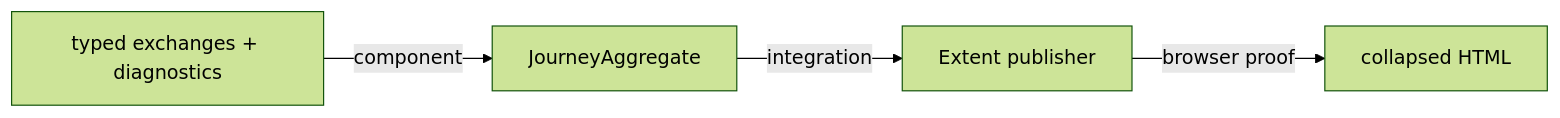
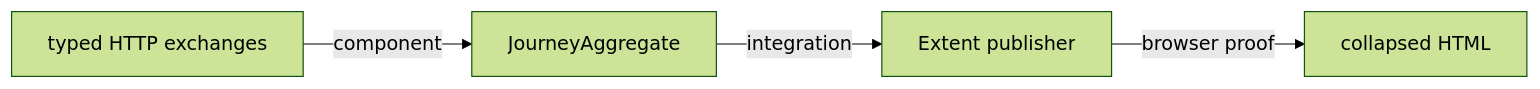
The third of 3 diagrams in atf-reporting-tests/README.md (crististefanita/demo2), drawn with Mermaid (forest theme) before and after one commit. The commit also changed other lines of this file and 94 other files, not shown here.

````diff
--- a/atf-reporting-tests/README.md
+++ b/atf-reporting-tests/README.md
@@ -252,6 +260,6 @@
 ```mermaid
 flowchart LR
-    Evidence["typed exchanges + diagnostics"] -->|component| Aggregate["JourneyAggregate"]
+    Evidence["typed HTTP exchanges"] -->|component| Aggregate["JourneyAggregate"]
     Aggregate -->|integration| Publisher["Extent publisher"]
     Publisher -->|browser proof| Render["collapsed HTML"]
 ```
````
